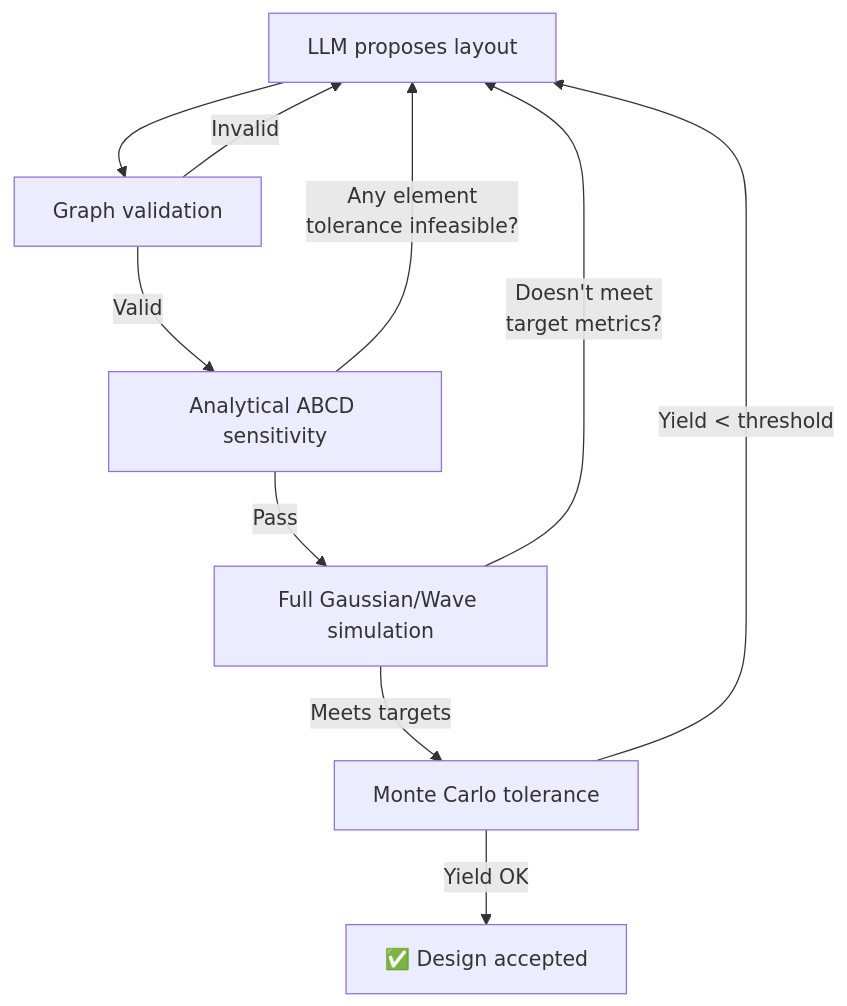
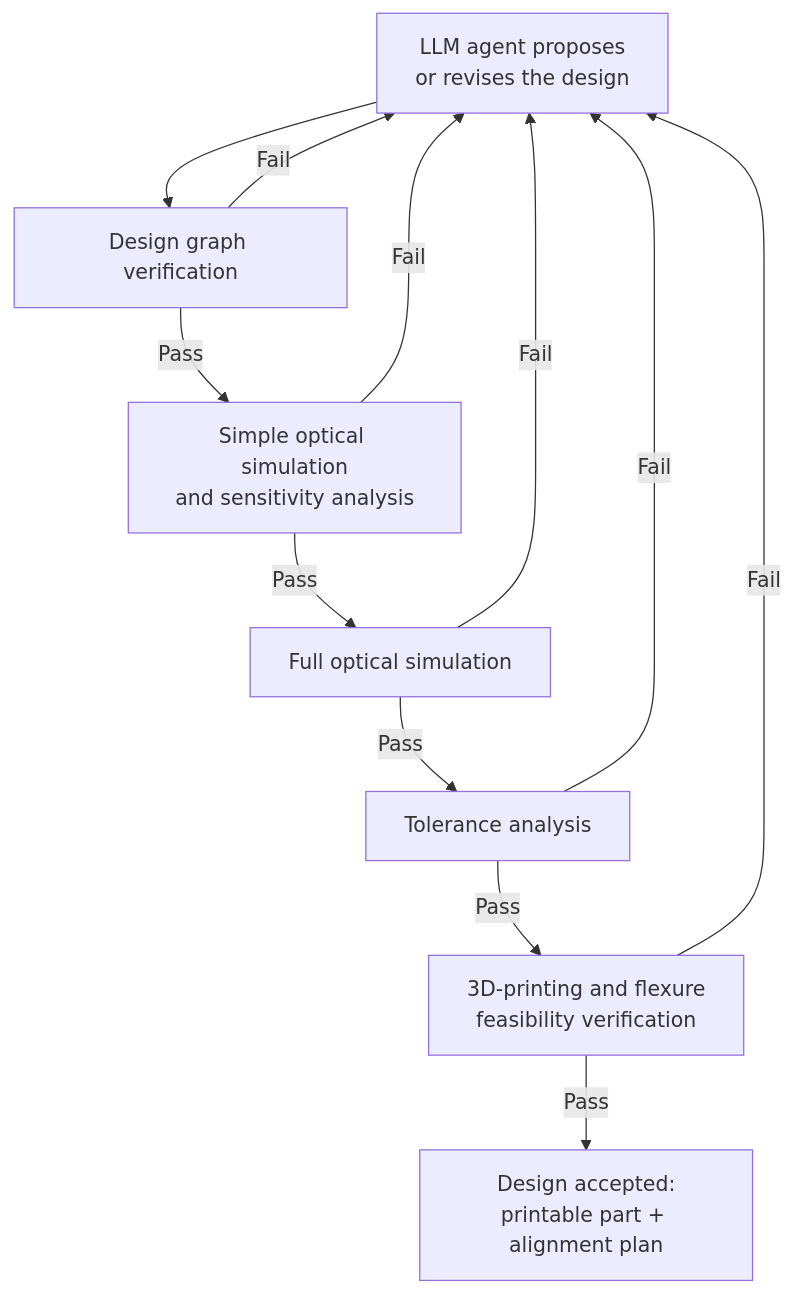
One commit to birkmichael/ai-fluency-project changed the diagram in docs/project-proposal.md. Above: the diagram before and after it, drawn with Mermaid. The commit also changed other lines of this file and 1 other file, not shown here.

Commit message:
Proposal: general loop diagram, clearer limits wording
Claude-Session: https://claude.ai/code/session_01Mx3FBnwCHQgsdWuSz2wbRC

````diff
--- a/docs/project-proposal.md
+++ b/docs/project-proposal.md
@@ -165,12 +165,14 @@
 ```mermaid
 graph TD
-    A["LLM proposes layout"] --> B["Graph validation"]
-    B -->|"Invalid"| A
-    B -->|"Valid"| C["Analytical ABCD sensitivity"]
-    C -->|"Any element<br/>tolerance infeasible?"| A
-    C -->|"Pass"| D["Full Gaussian/Wave simulation"]
-    D -->|"Doesn't meet<br/>target metrics?"| A
-    D -->|"Meets targets"| E["Monte Carlo tolerance"]
-    E -->|"Yield < threshold"| A
-    E -->|"Yield OK"| F["✅ Design accepted"]
+    A["LLM agent proposes<br/>or revises the design"] --> B["Design graph verification"]
+    B -->|"Fail"| A
+    B -->|"Pass"| C["Simple optical simulation<br/>and sensitivity analysis"]
+    C -->|"Fail"| A
+    C -->|"Pass"| D["Full optical simulation"]
+    D -->|"Fail"| A
+    D -->|"Pass"| E["Tolerance analysis"]
+    E -->|"Fail"| A
+    E -->|"Pass"| F["3D-printing and flexure<br/>feasibility verification"]
+    F -->|"Fail"| A
+    F -->|"Pass"| G["Design accepted:<br/>printable part + alignment plan"]
 ```
````
